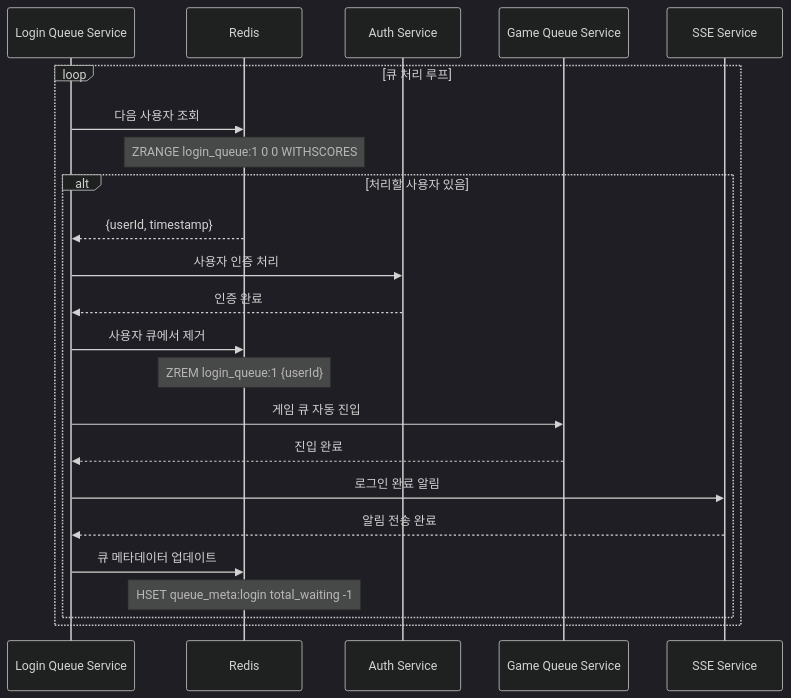
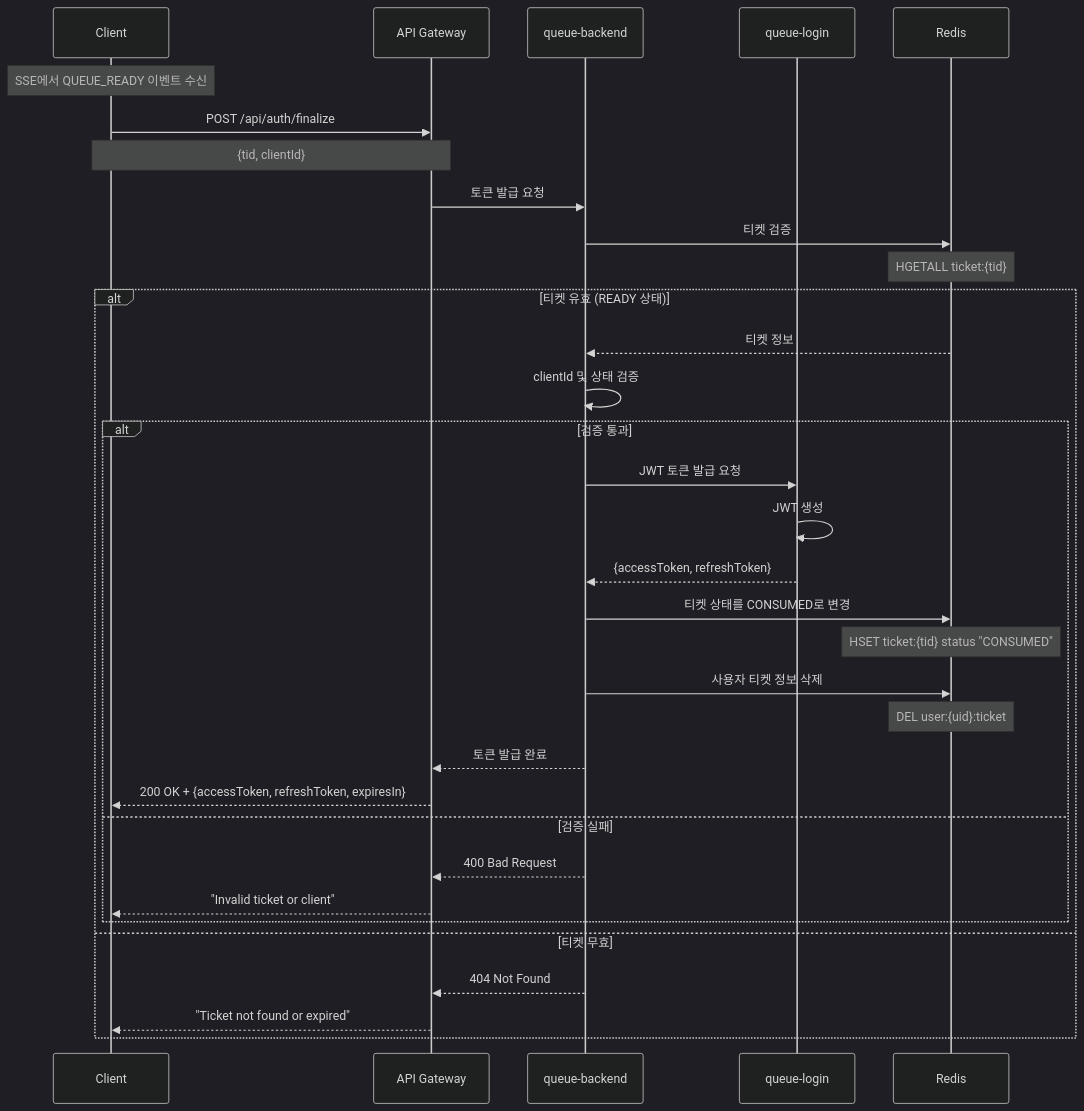
Before and after one commit to exodus-openstack/queue: diagram 15 of 32 in docs/Usecase.md, drawn with Mermaid (dark theme). The commit also changed other lines of this file and 1 other file, not shown here.

First line of the commit message:
docs: 로그인 큐 시스템 구조 반영 및 API 분리

````diff
--- a/docs/Usecase.md
+++ b/docs/Usecase.md
@@ -503,31 +664,43 @@
 ```mermaid
 sequenceDiagram
-    participant LoginQ as Login Queue Service
+    participant C as Client
+    participant API as API Gateway
+    participant Backend as queue-backend
+    participant Login as queue-login
     participant Redis as Redis
-    participant Auth as Auth Service
-    participant GameQ as Game Queue Service
-    participant SSE as SSE Service
     
-    loop 큐 처리 루프
-        LoginQ->>Redis: 다음 사용자 조회
-        Note over Redis: ZRANGE login_queue:1 0 0 WITHSCORES
+    Note over C: SSE에서 QUEUE_READY 이벤트 수신
+    
+    C->>API: POST /api/auth/finalize
+    Note over C,API: {tid, clientId}
+    
+    API->>Backend: 토큰 발급 요청
+    Backend->>Redis: 티켓 검증
+    Note over Redis: HGETALL ticket:{tid}
+    
+    alt 티켓 유효 (READY 상태)
+        Redis-->>Backend: 티켓 정보
+        Backend->>Backend: clientId 및 상태 검증
         
-        alt 처리할 사용자 있음
-            Redis-->>LoginQ: {userId, timestamp}
-            LoginQ->>Auth: 사용자 인증 처리
-            Auth-->>LoginQ: 인증 완료
+        alt 검증 통과
+            Backend->>Login: JWT 토큰 발급 요청
+            Login->>Login: JWT 생성
+            Login-->>Backend: {accessToken, refreshToken}
             
-            LoginQ->>Redis: 사용자 큐에서 제거
-            Note over Redis: ZREM login_queue:1 {userId}
+            Backend->>Redis: 티켓 상태를 CONSUMED로 변경
+            Note over Redis: HSET ticket:{tid} status "CONSUMED"
             
-            LoginQ->>GameQ: 게임 큐 자동 진입
-            GameQ-->>LoginQ: 진입 완료
+            Backend->>Redis: 사용자 티켓 정보 삭제
+            Note over Redis: DEL user:{uid}:ticket
             
-            LoginQ->>SSE: 로그인 완료 알림
-            SSE-->>LoginQ: 알림 전송 완료
-            
-            LoginQ->>Redis: 큐 메타데이터 업데이트
-            Note over Redis: HSET queue_meta:login total_waiting -1
+            Backend-->>API: 토큰 발급 완료
+            API-->>C: 200 OK + {accessToken, refreshToken, expiresIn}
+        else 검증 실패
+            Backend-->>API: 400 Bad Request
+            API-->>C: "Invalid ticket or client"
         end
+    else 티켓 무효
+        Backend-->>API: 404 Not Found
+        API-->>C: "Ticket not found or expired"
     end
 ```
````
